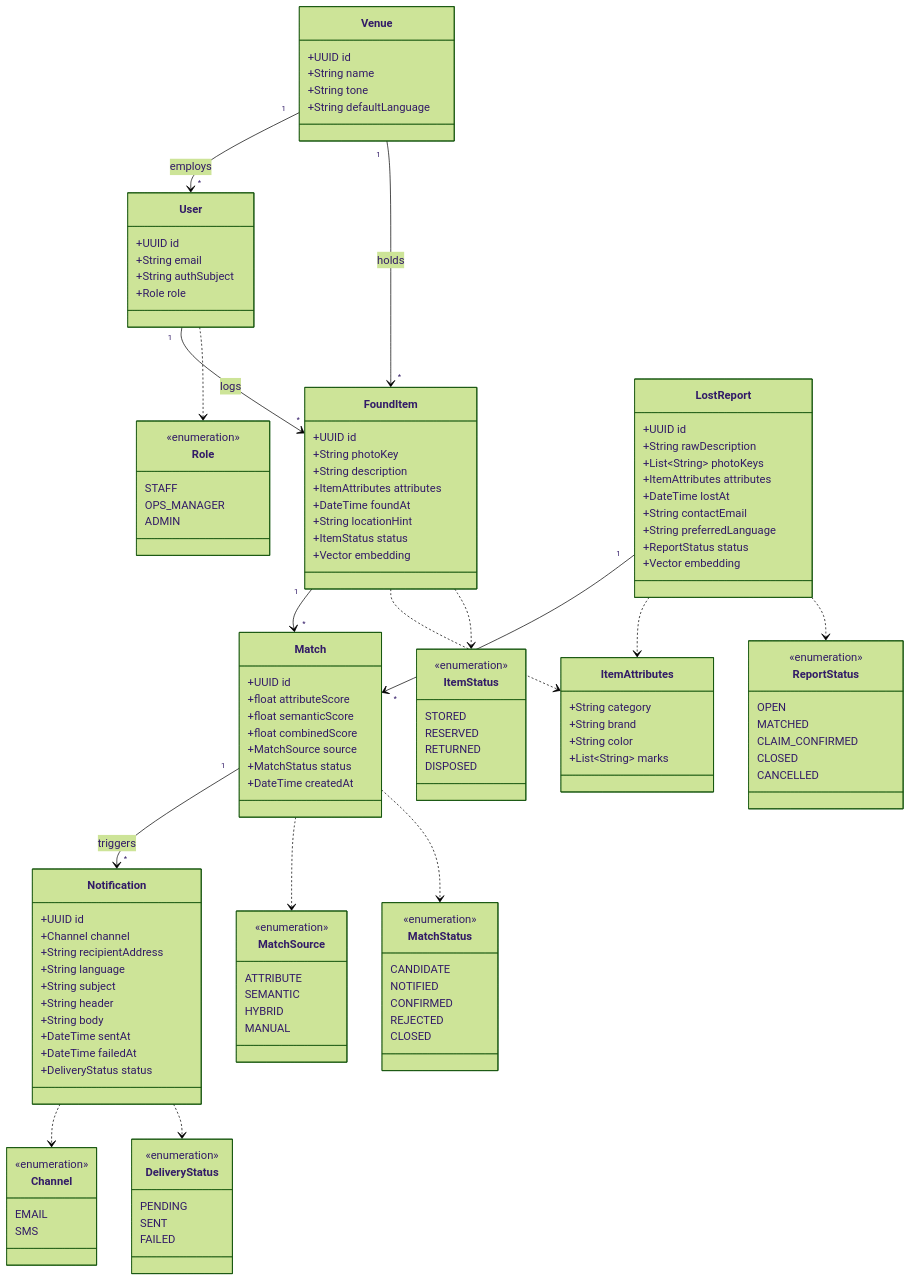
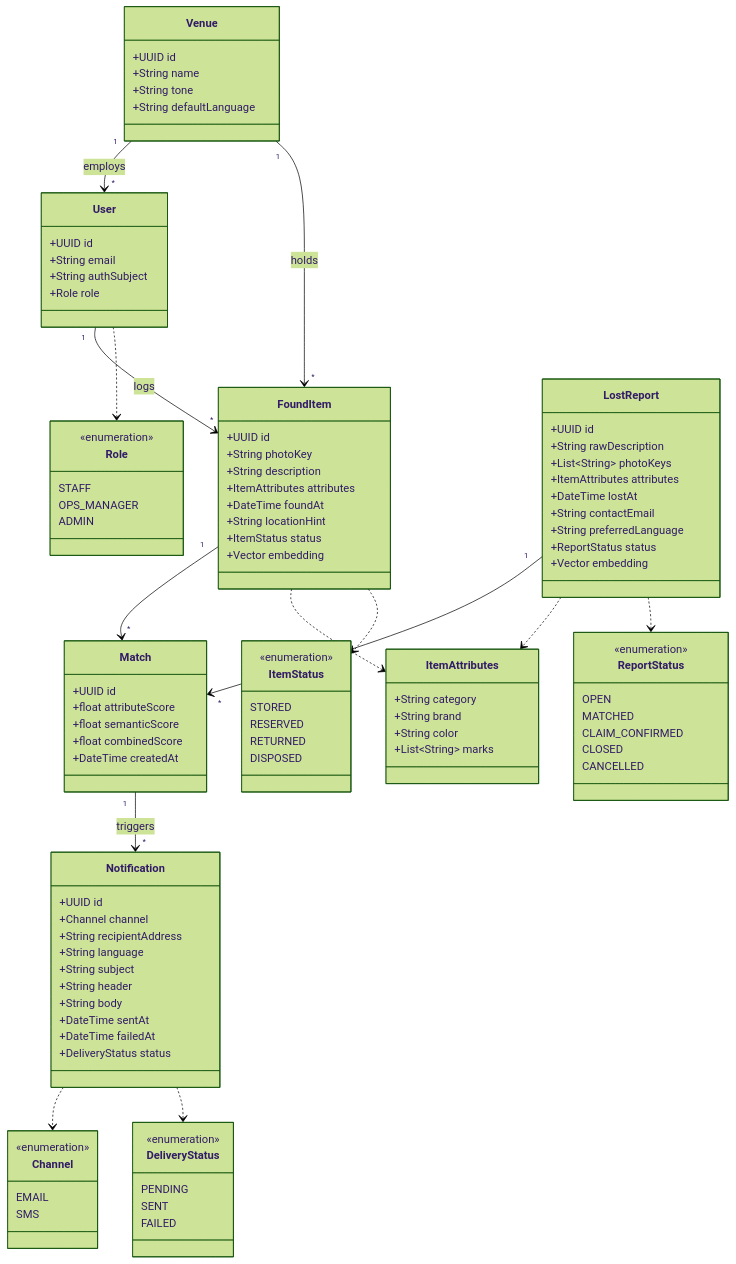
One commit to AET-DevOps26/team-chaos-monkeys changed the second of 3 diagrams in docs/architecture.md. Above: the diagram before and after it, drawn with Mermaid (forest theme).

Commit message:
Simplify match diagram model

````diff
--- a/docs/architecture.md
+++ b/docs/architecture.md
@@ -189,24 +189,7 @@
       +float attributeScore
       +float semanticScore
       +float combinedScore
-      +MatchSource source
-      +MatchStatus status
       +DateTime createdAt
-    }
-    class MatchSource {
-      <<enumeration>>
-      ATTRIBUTE
-      SEMANTIC
-      HYBRID
-      MANUAL
-    }
-    class MatchStatus {
-      <<enumeration>>
-      CANDIDATE
-      NOTIFIED
-      CONFIRMED
-      REJECTED
-      CLOSED
     }
     class Notification {
       +UUID id
@@ -249,8 +232,6 @@
     User ..> Role
     FoundItem ..> ItemStatus
     LostReport ..> ReportStatus
-    Match ..> MatchSource
-    Match ..> MatchStatus
     Notification ..> Channel
     Notification ..> DeliveryStatus
 ```
````
